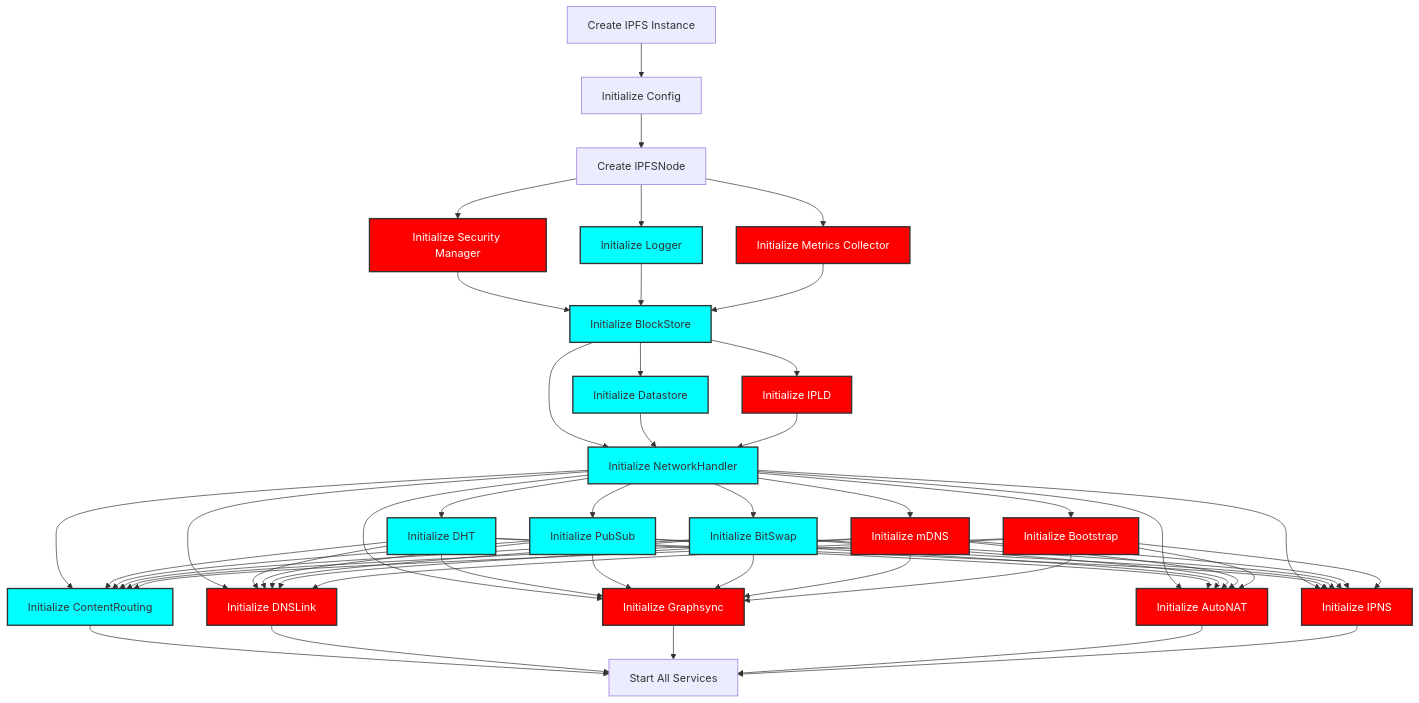
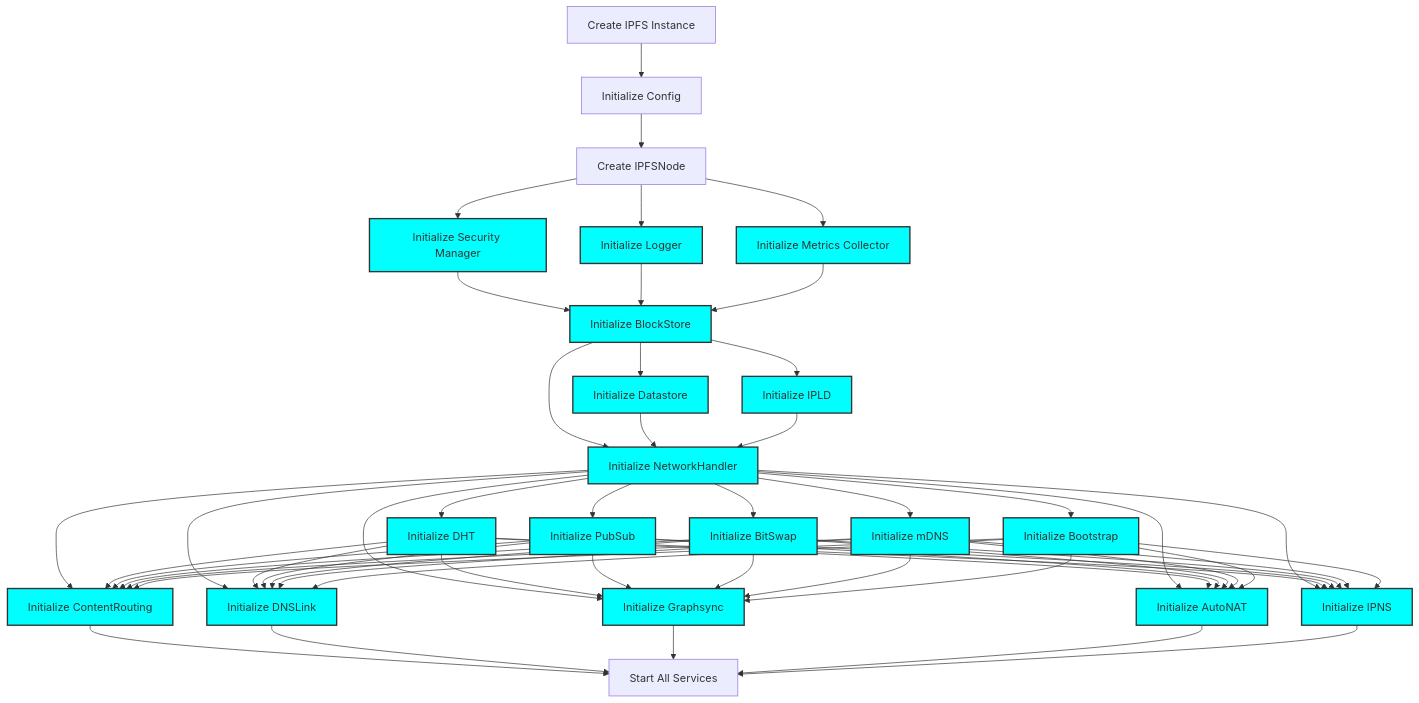
Before and after one commit to jxoesneon/IPFS: the diagram in project.mermaid, drawn with Mermaid.

Commit message:
✨ feat(mermaid): update project flow diagram to reflect ideal states
- change missing states to ideal for security and core systems
- ensure all components in the project flow are marked as ideal
- improve clarity for initialization processes in the diagram

```diff
--- a/project.mermaid
+++ b/project.mermaid
@@ -1,34 +1,34 @@
 graph TD
     A[Create IPFS Instance] --> B[Initialize Config]
     B --> C[Create IPFSNode]
     
     %% Security and Core Systems
-    C --> D1[Initialize Security Manager]:::missing
+    C --> D1[Initialize Security Manager]:::ideal
     C --> D2[Initialize Logger]:::ideal
-    C --> D3[Initialize Metrics Collector]:::missing
+    C --> D3[Initialize Metrics Collector]:::ideal
     
     %% Storage Layer
     D1 & D2 & D3 --> E1[Initialize BlockStore]:::ideal
     E1 --> E2[Initialize Datastore]:::ideal
-    E1 --> E3[Initialize IPLD]:::missing
+    E1 --> E3[Initialize IPLD]:::ideal
     
     %% Network Layer
     E1 & E2 & E3 --> F1[Initialize NetworkHandler]:::ideal
     F1 --> F2[Initialize DHT]:::ideal
     F1 --> F3[Initialize PubSub]:::ideal
     F1 --> F4[Initialize BitSwap]:::ideal
-    F1 --> F5[Initialize mDNS]:::missing
-    F1 --> F6[Initialize Bootstrap]:::missing
+    F1 --> F5[Initialize mDNS]:::ideal
+    F1 --> F6[Initialize Bootstrap]:::ideal
     
     %% High-level Services
     F1 & F2 & F3 & F4 & F5 & F6 --> G1[Initialize ContentRouting]:::ideal
-    F1 & F2 & F3 & F4 & F5 & F6 --> G2[Initialize DNSLink]:::missing
-    F1 & F2 & F3 & F4 & F5 & F6 --> G3[Initialize Graphsync]:::missing
-    F1 & F2 & F3 & F4 & F5 & F6 --> G4[Initialize AutoNAT]:::missing
-    F1 & F2 & F3 & F4 & F5 & F6 --> G5[Initialize IPNS]:::missing
+    F1 & F2 & F3 & F4 & F5 & F6 --> G2[Initialize DNSLink]:::ideal
+    F1 & F2 & F3 & F4 & F5 & F6 --> G3[Initialize Graphsync]:::ideal
+    F1 & F2 & F3 & F4 & F5 & F6 --> G4[Initialize AutoNAT]:::ideal
+    F1 & F2 & F3 & F4 & F5 & F6 --> G5[Initialize IPNS]:::ideal
     
     %% Start Services
     G1 & G2 & G3 & G4 & G5 --> H[Start All Services]
 
     classDef ideal fill:#00ffff,stroke:#333,stroke-width:2px;
     classDef missing fill:#ff0000,stroke:#333,stroke-width:2px,color:#fff;
```
